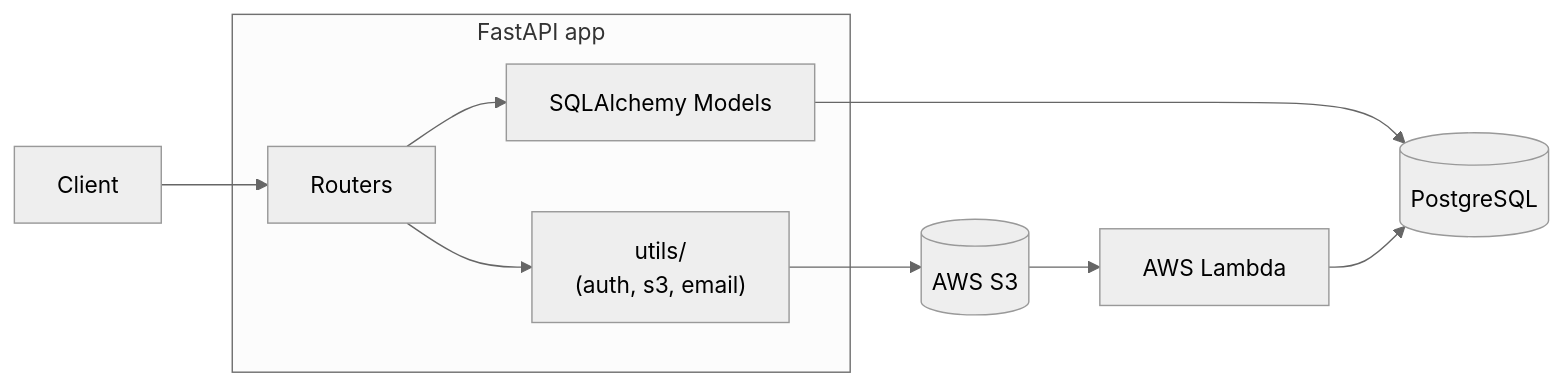
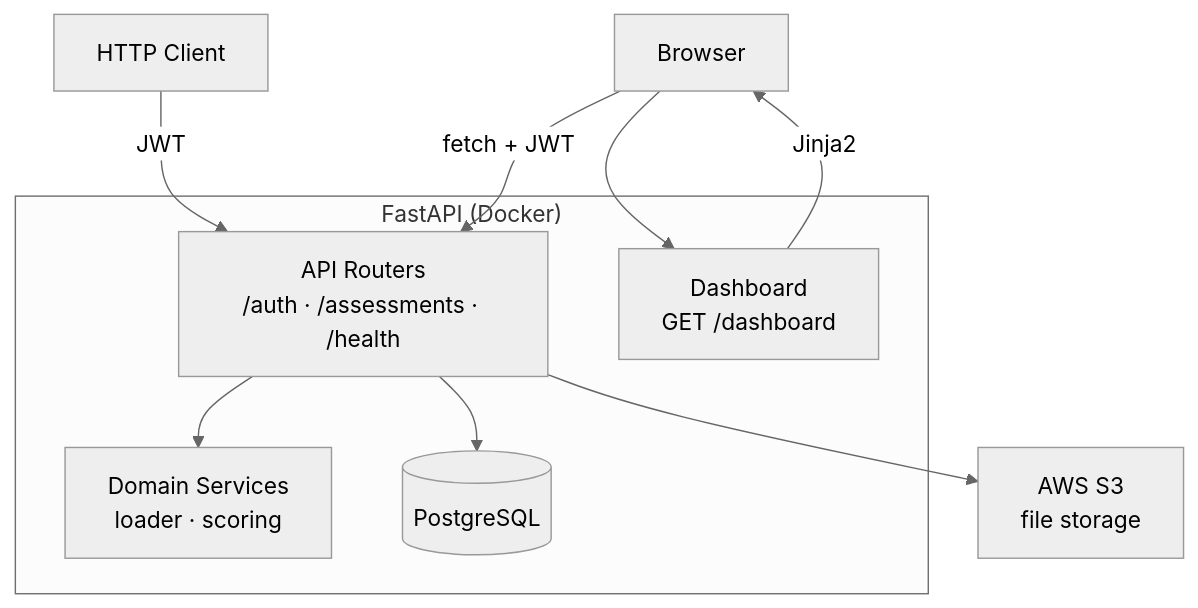
One commit to KwachuQ/final_project changed the first of 2 diagrams in docs/architecture.md. Above: the diagram before and after it, drawn with Mermaid (neutral theme). The commit also changed other lines of this file and 2 other files, not shown here.

````diff
--- a/docs/architecture.md
+++ b/docs/architecture.md
@@ -17,17 +19,22 @@
 ```mermaid
-graph LR
-    Client["Client"]
-    subgraph app["FastAPI app"]
-        Routers["Routers"]
-        Utils["utils/\n(auth, s3, email)"]
-        Models["SQLAlchemy Models"]
+graph TD
+    Client["HTTP Client"]
+    Browser["Browser"]
+
+    subgraph App ["FastAPI (Docker)"]
+        Routers["API Routers\n/auth · /assessments · /health"]
+        Dashboard["Dashboard\nGET /dashboard"]
+        Services["Domain Services\nloader · scoring"]
+        DB[("PostgreSQL")]
     end
-    DB[("PostgreSQL")]
-    S3[("AWS S3")]
-    Lambda["AWS Lambda"]
 
-    Client --> Routers
-    Routers --> Models --> DB
-    Routers --> Utils --> S3
-    S3 --> Lambda --> DB
+    S3["AWS S3\nfile storage"]
+
+    Client -->|JWT| Routers
+    Browser --> Dashboard
+    Dashboard -->|Jinja2| Browser
+    Browser -->|fetch + JWT| Routers
+    Routers --> Services
+    Routers --> DB
+    Routers --> S3
 ```
````
